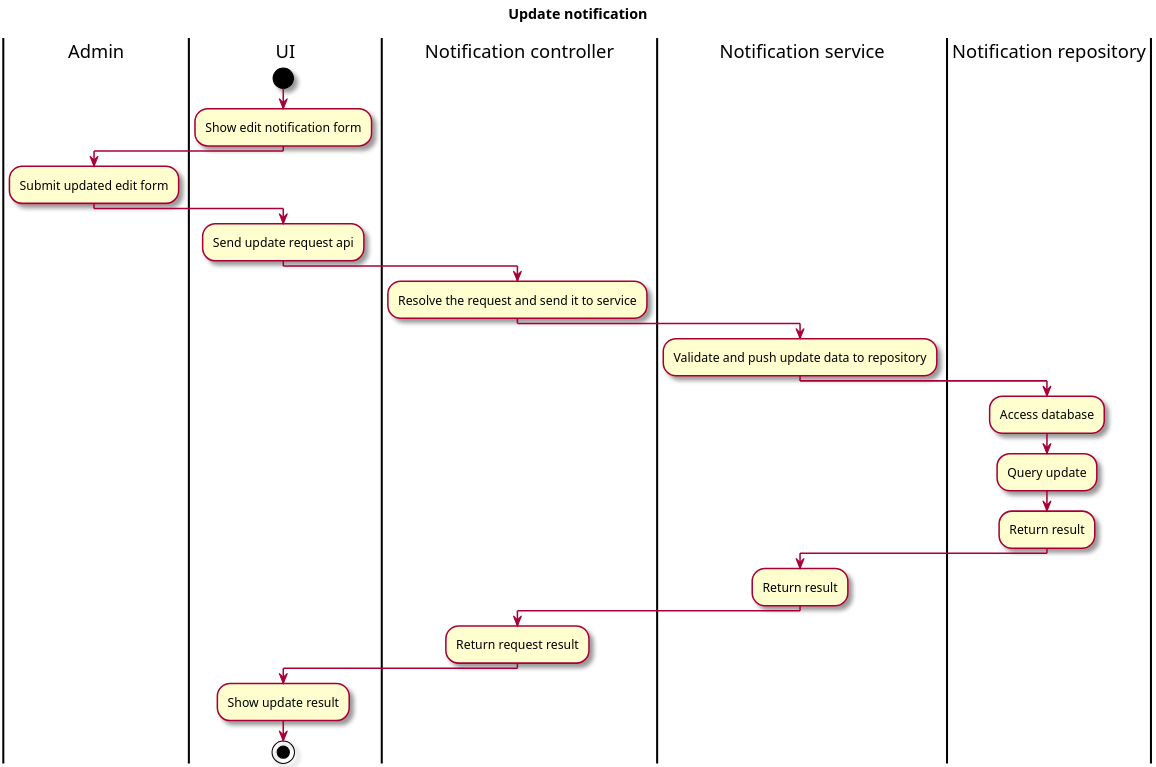
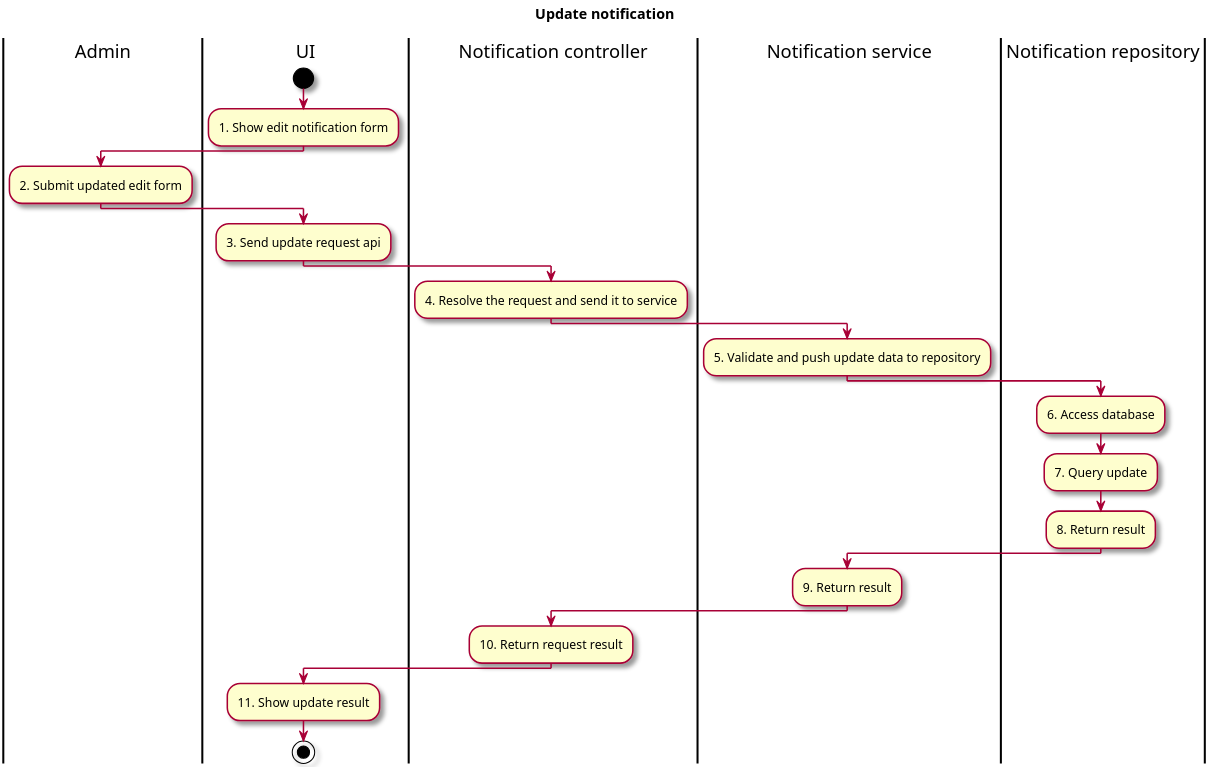
Before and after one commit to Marowota/ecommerce-plantuml: the diagram in Activity/7.2 Update notification.puml, drawn with PlantUML. The commit also changed 4 other files, not shown here.

```diff
--- a/Activity/7.2 Update notification.puml
+++ b/Activity/7.2 Update notification.puml
@@ -1,35 +1,35 @@
 @startuml 7. Update notification
 skin rose
 !pragma useVerticalIf on
 scale 3
 
 title "Update notification"
 
 |Admin|
 |UI|
 start
-    :Show edit notification form;
+    :1. Show edit notification form;
     |Admin|
-    :Submit updated edit form;
+    :2. Submit updated edit form;
     |UI|
-    :Send update request api;
+    :3. Send update request api;
     |Notification controller|
-    :Resolve the request and send it to service;
+    :4. Resolve the request and send it to service;
     |Notification service|
-    :Validate and push update data to repository;
+    :5. Validate and push update data to repository;
     |Notification repository|
-    :Access database;
-    :Query update;
-    :Return result;
+    :6. Access database;
+    :7. Query update;
+    :8. Return result;
     |Notification service|
-    :Return result;
+    :9. Return result;
     |Notification controller|
-    :Return request result;
+    :10. Return request result;
     |UI|
-    :Show update result;
+    :11. Show update result;
 stop
 
 
 
 
 @enduml
```
